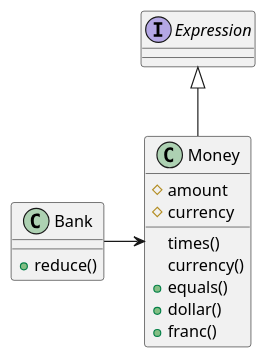
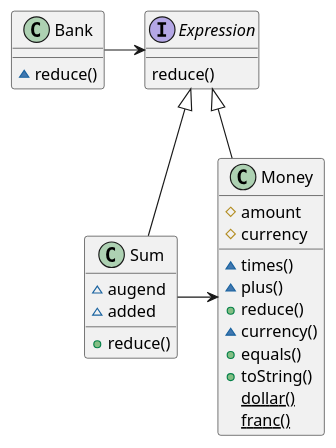
One commit to k2works/etude_for_java changed the diagram in docs/_tdd.md. Above: the diagram before and after it, drawn with PlantUML. The commit also changed other lines of this file and 7 other files, not shown here.

````diff
--- a/docs/_tdd.md
+++ b/docs/_tdd.md
@@ -41,17 +41,29 @@
 ```puml
 class Money {
-  # amount
-  # currency
-  times()
-  currency()
-  + equals()
-  + dollar()
-  + franc()
+  #amount
+  #currency
+  ~times()
+  ~plus()
+  +reduce()
+  ~currency()
+  +equals()
+  +toString()
+  {static}dollar()
+  {static}franc()
 }
-interface Expression
+interface Expression {
+  reduce()
+}
 class Bank {
-  + reduce()
+  ~reduce()
+}
+class Sum {
+  ~augend
+  ~added
+  +reduce()  
 }
 Expression <|-- Money
-Bank -> Money
+Bank -> Expression
+Expression <|-- Sum
+Sum -> Money
 ```
````
